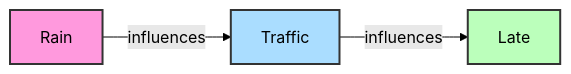
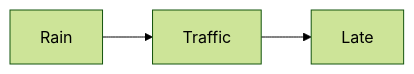
Before and after one commit to Chaklader/part-of-speech-tagging: the third of 4 diagrams in C_4_OLD.md, drawn with Mermaid (forest theme). The commit also changed other lines of this file and 11 other files, not shown here.

````diff
--- a/C_4_OLD.md
+++ b/C_4_OLD.md
@@ -730,9 +425,5 @@
 ```mermaid
 graph LR
-    R[Rain] -->|influences| T[Traffic]
-    T -->|influences| L[Late]
-
-    style R fill:#f9d,stroke:#333,stroke-width:2px
-    style T fill:#adf,stroke:#333,stroke-width:2px
-    style L fill:#bfb,stroke:#333,stroke-width:2px
+    R[Rain] --> T[Traffic]
+    T --> L[Late]
 ```
````
